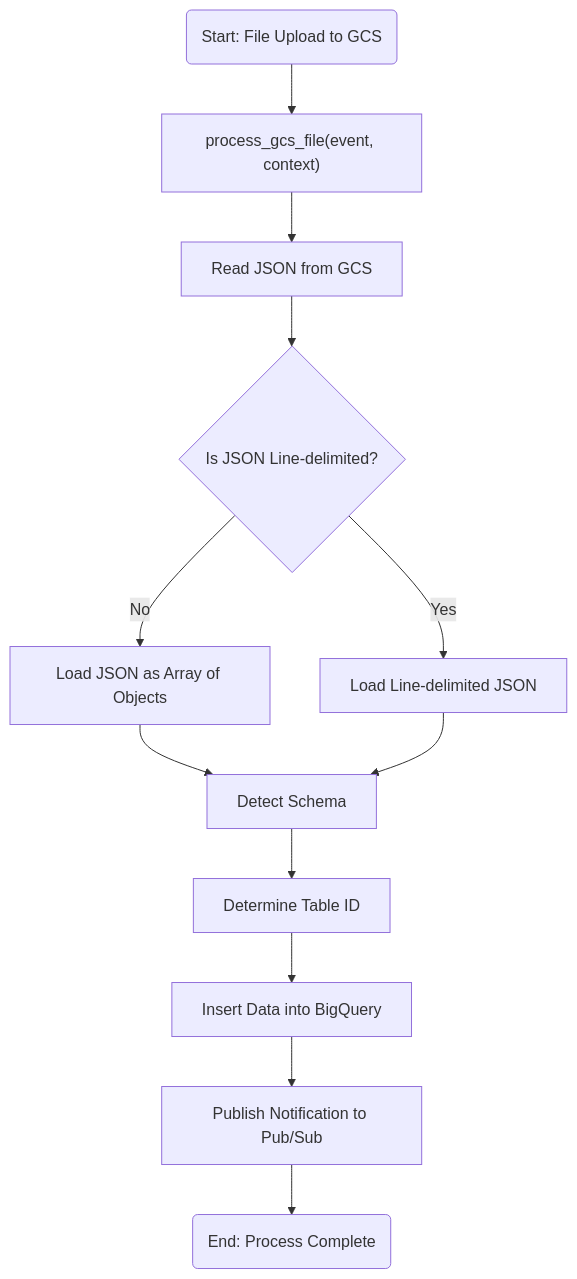
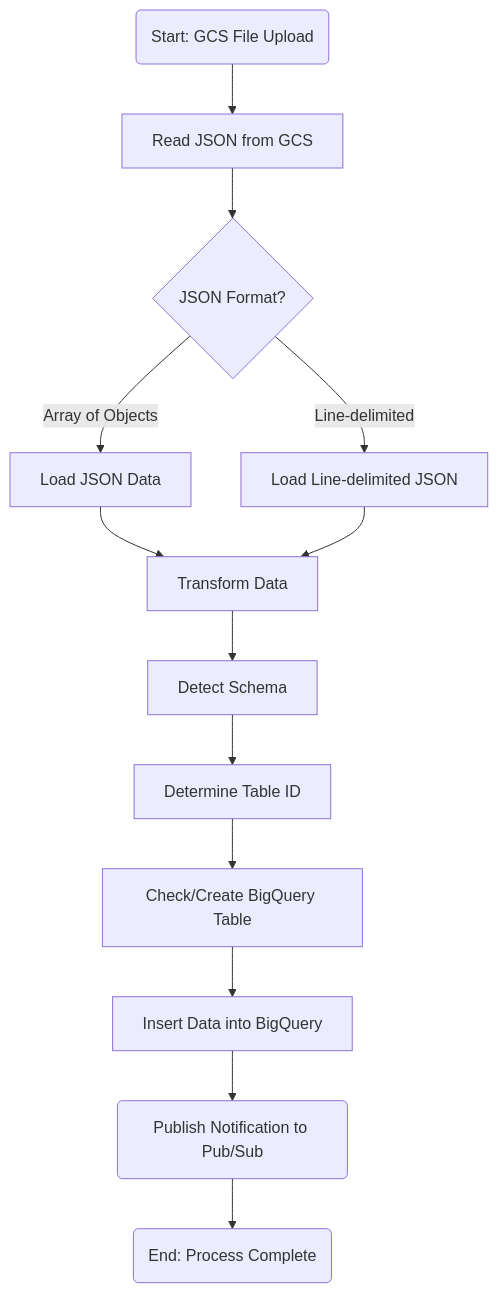
One commit to pavdhillon/take-home-test changed the first of 5 diagrams in README.md. Above: the diagram before and after it, drawn with Mermaid. The commit also changed other lines of this file, not shown here.

````diff
--- a/README.md
+++ b/README.md
@@ -18,14 +16,15 @@
 ```mermaid
 flowchart TD
-    A("Start: File Upload to GCS") --> B["process_gcs_file(event, context)"]
-    B --> C["Read JSON from GCS"]
-    C --> D{"Is JSON Line-delimited?"}
-    D -->|No| E["Load JSON as Array of Objects"]
-    D -->|Yes| F["Load Line-delimited JSON"]
-    E --> G["Detect Schema"]
-    F --> G
+    A("Start: GCS File Upload") --> B["Read JSON from GCS"]
+    B --> C{"JSON Format?"}
+    C -->|Array of Objects| D["Load JSON Data"]
+    C -->|Line-delimited| E["Load Line-delimited JSON"]
+    D --> F["Transform Data"]
+    E --> F
+    F --> G["Detect Schema"]
     G --> H["Determine Table ID"]
-    H --> I["Insert Data into BigQuery"]
-    I --> J["Publish Notification to Pub/Sub"]
-    J --> K("End: Process Complete")
+    H --> I["Check/Create BigQuery Table"]
+    I --> J["Insert Data into BigQuery"]
+    J --> K("Publish Notification to Pub/Sub")
+    K --> L("End: Process Complete")
 ```
````
